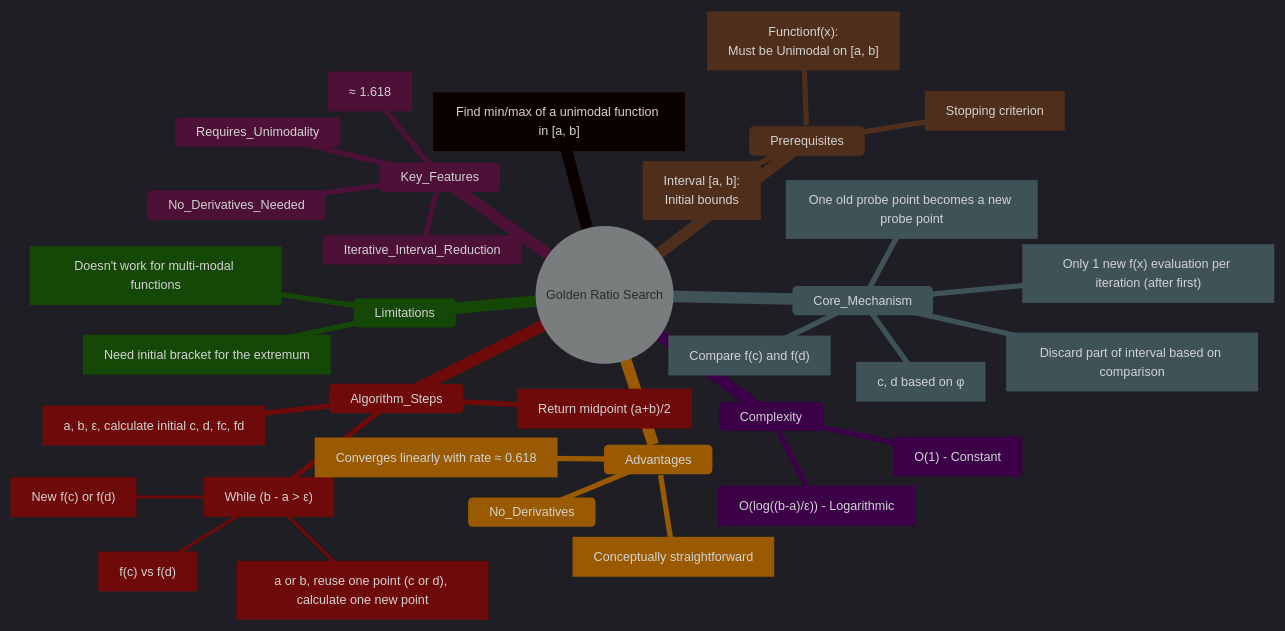
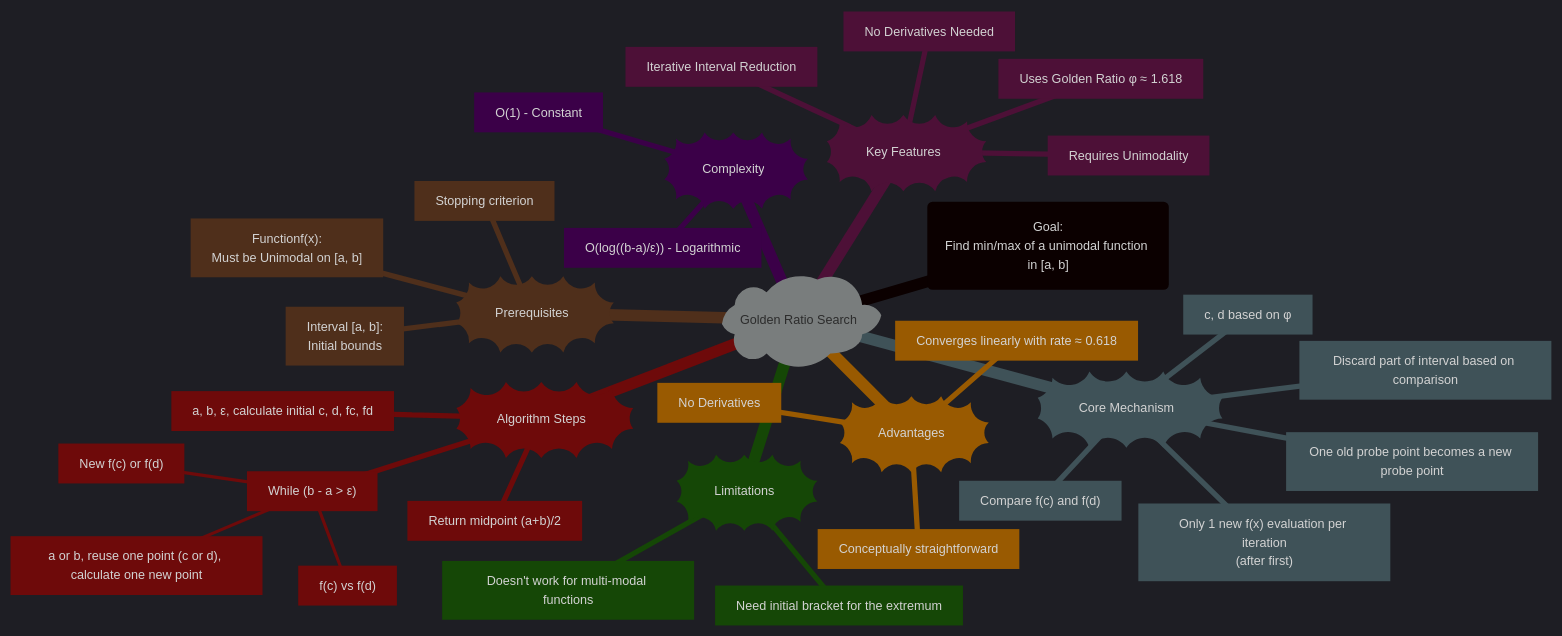
One commit to CongLeSolutionX/AlgoVerse changed the sixth of 6 diagrams in Patterns_Bridging_Math_ComputerScience_Nature_and_Beyond/Golden_Ratio_Search.md. Above: the diagram before and after it, drawn with Mermaid.

````diff
--- a/Patterns_Bridging_Math_ComputerScience_Nature_and_Beyond/Golden_Ratio_Search.md
+++ b/Patterns_Bridging_Math_ComputerScience_Nature_and_Beyond/Golden_Ratio_Search.md
@@ -396,56 +396,56 @@
 ```mermaid
 ---
 title: Golden Ratio Search - Concepts Summary
 author: "Cong Le"
 version: "1.0"
 license(s): "MIT, CC BY 4.0"
 copyright: "Copyright (c) 2025 Cong Le. All Rights Reserved."
 config:
   theme: dark
 ---
 %%%%%%%% Mermaid version v11.4.1-b.14
 %%{
   init: {
     'themeVariables': {
       'fontSize': '12px',
       'fontFamily': 'Fantasy'
     }
   }
 }%%
 mindmap
-  root((Golden Ratio Search))
-    Goal["Find min/max of a unimodal function in [a, b]"]
-    Key_Features
-      Iterative_Interval_Reduction
-      Uses_Golden_Ratio_φ["≈ 1.618"]
-      Requires_Unimodality
-      No_Derivatives_Needed
-    Core_Mechanism
+  root)"Golden Ratio Search"(
+    Goal("Goal:<br/>Find min/max of a unimodal function in [a, b]")
+    Key_Features))"Key Features"((
+      Iterative_Interval_Reduction["Iterative Interval Reduction"]
+      Uses_Golden_Ratio_φ["Uses Golden Ratio φ ≈ 1.618"]
+      Requires_Unimodality["Requires Unimodality"]
+      No_Derivatives_Needed["No Derivatives Needed"]
+    Core_Mechanism))"Core Mechanism"((
       Probe_Points["c, d based on φ"]
       Comparison["Compare f(c) and f(d)"]
       Elimination["Discard part of interval based on comparison"]
       Reuse["One old probe point becomes a new probe point"]
-      Efficiency["Only 1 new f(x) evaluation per iteration (after first)"]
-    Prerequisites
-      Function_f_x_["Functionf(x):<br> Must be Unimodal on [a, b]"]
-      Interval_a_b["Interval [a, b]:<br>Initial bounds"]
+      Efficiency["Only 1 new f(x) evaluation per iteration<br/>(after first)"]
+    Prerequisites))"Prerequisites"((
+      Function_f_x_["Functionf(x):<br/>Must be Unimodal on [a, b]"]
+      Interval_a_b["Interval [a, b]:<br/>Initial bounds"]
       Tolerance_ε["Stopping criterion"]
-    Algorithm_Steps
+    Algorithm_Steps))"Algorithm Steps"((
       Initialize["a, b, ε, calculate initial c, d, fc, fd"]
       Loop["While (b - a > ε)"]
         Compare["f(c) vs f(d)"]
         Update["a or b, reuse one point (c or d), calculate one new point"]
         Evaluate["New f(c) or f(d)"]
       Terminate["Return midpoint (a+b)/2"]
-    Complexity
+    Complexity))"Complexity"((
       Time["O(log((b-a)/ε)) - Logarithmic"]
       Space["O(1) - Constant"]
-    Advantages
+    Advantages))"Advantages"((
       Efficient["Converges linearly with rate ≈ 0.618"]
       Simple["Conceptually straightforward"]
-      No_Derivatives
-    Limitations
+      No_Derivatives["No Derivatives"]
+    Limitations))"Limitations"((
       Requires_Unimodality["Doesn't work for multi-modal functions"]
       Requires_Interval["Need initial bracket for the extremum"]
 
 ```
````
